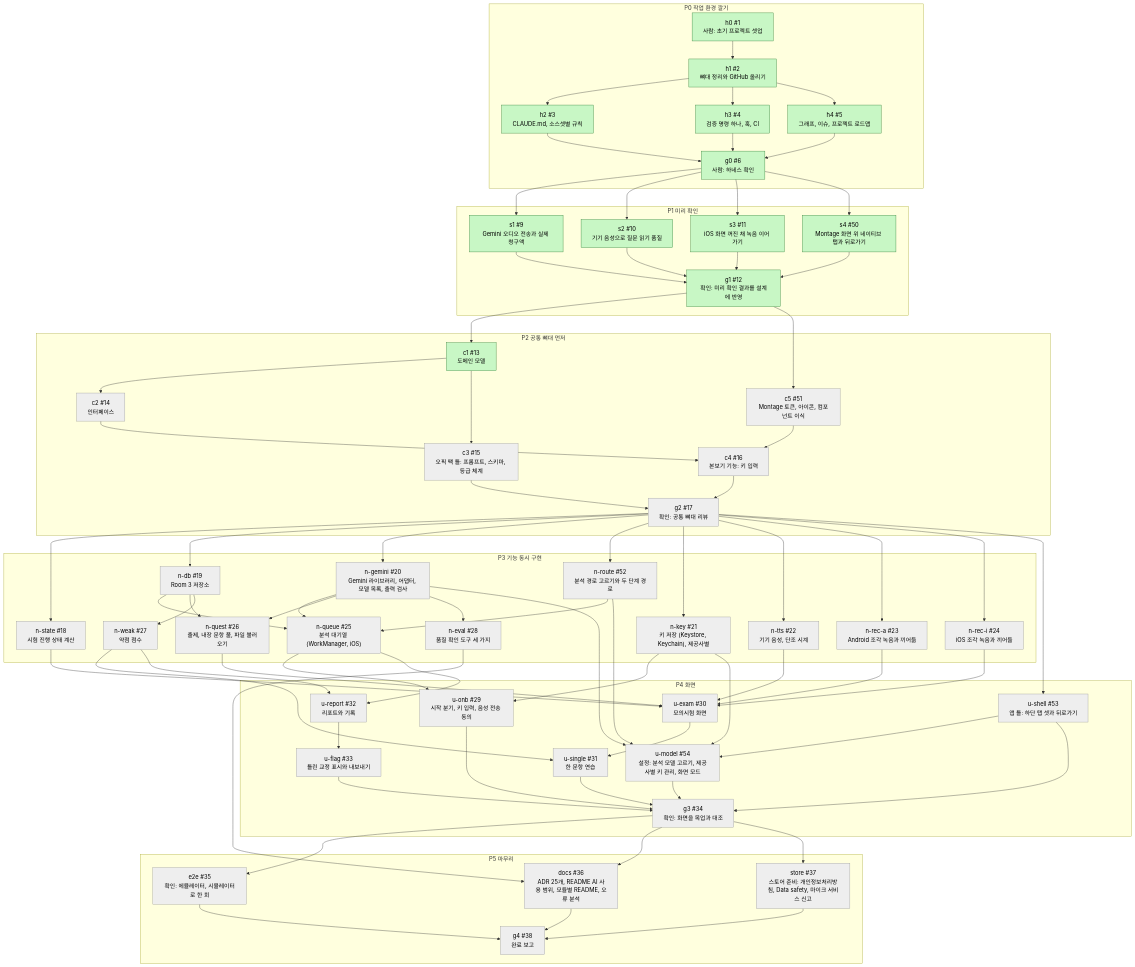
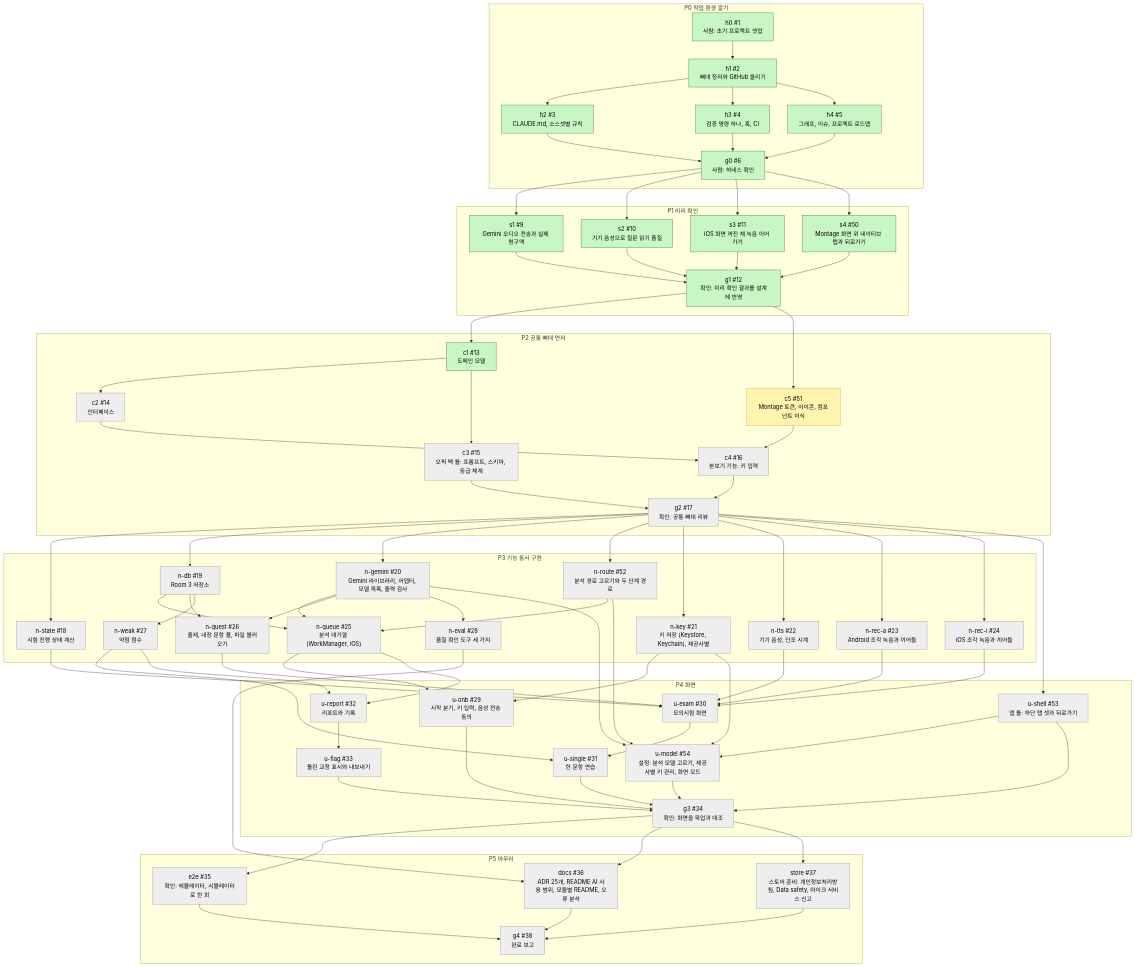
Before and after one commit to nosorae/AiOpicSelfStudy: the first of 2 diagrams in docs/graph/dev-graph.md, drawn with Mermaid. The commit also changed other lines of this file and 359 other files, not shown here.

```diff
--- a/docs/graph/dev-graph.md
+++ b/docs/graph/dev-graph.md
@@ -127,8 +127,9 @@
   docs --> g4
   store --> g4
   classDef todo fill:#eeeeee,stroke:#999999,color:#000
-  class c2,c3,c5,c4,g2,n_state,n_db,n_gemini,n_route,n_key,n_tts,n_rec_a,n_rec_i,n_queue,n_quest,n_weak,n_eval,u_onb,u_shell,u_exam,u_single,u_report,u_flag,u_model,g3,e2e,docs,store,g4 todo
+  class c2,c3,c4,g2,n_state,n_db,n_gemini,n_route,n_key,n_tts,n_rec_a,n_rec_i,n_queue,n_quest,n_weak,n_eval,u_onb,u_shell,u_exam,u_single,u_report,u_flag,u_model,g3,e2e,docs,store,g4 todo
   classDef doing fill:#fff3b0,stroke:#d4a017,color:#000
+  class c5 doing
   classDef done fill:#c8f7c5,stroke:#2e7d32,color:#000
   class h0,h1,h2,h3,h4,g0,s1,s2,s3,s4,g1,c1 done
   classDef blocked fill:#ffcdd2,stroke:#c62828,color:#000
```
